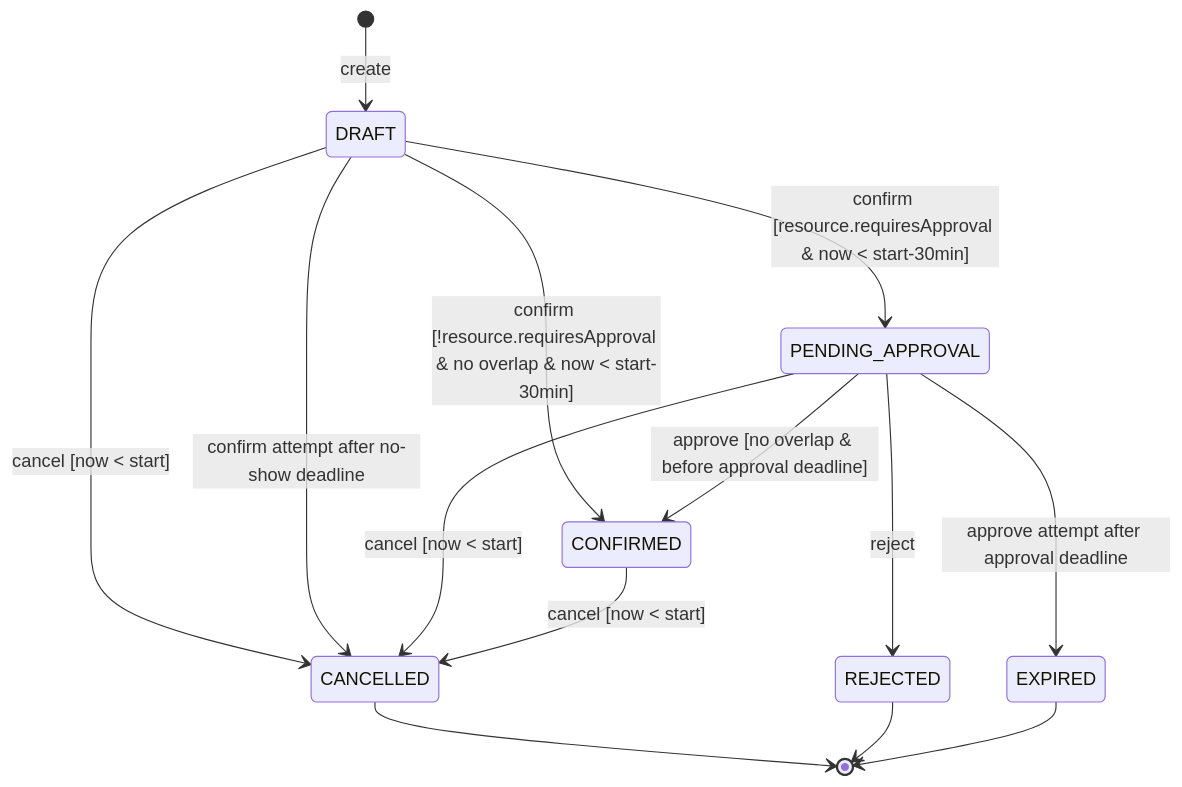
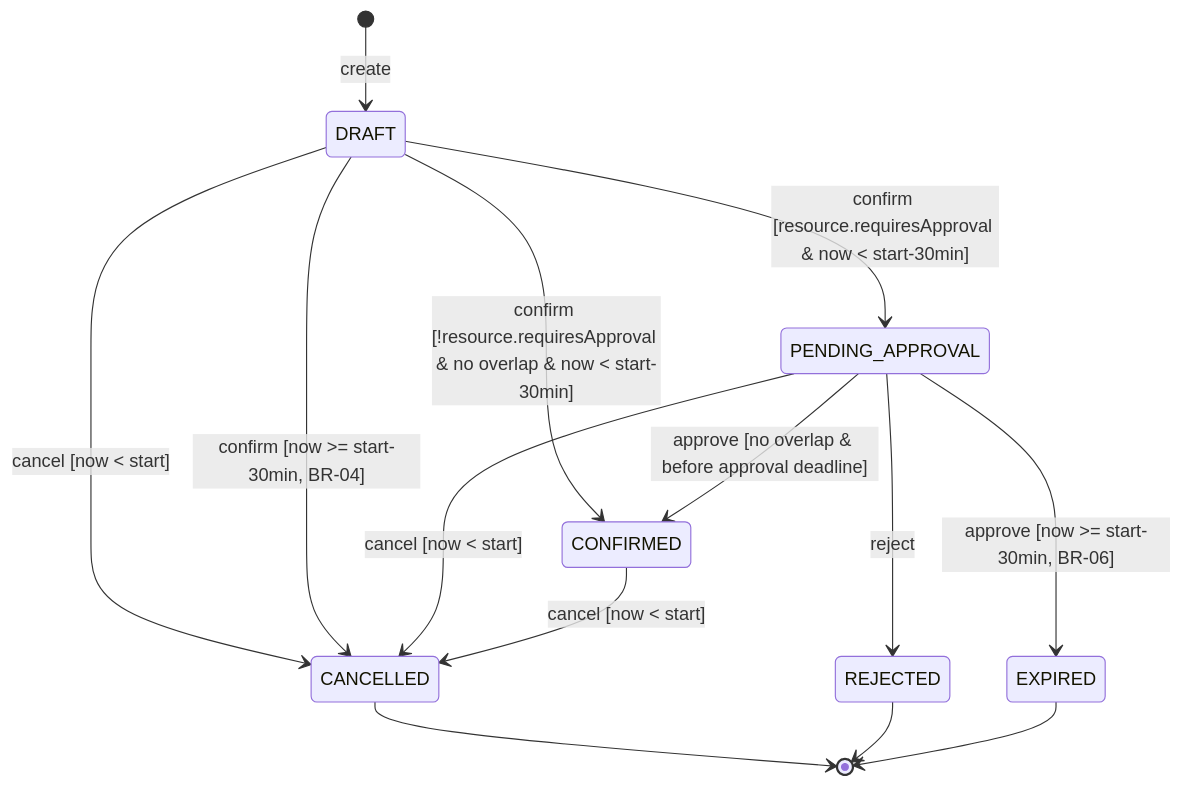
Before and after one commit to jaroslavpetera/swi_project: the second of 2 diagrams in docs/diagrams/state-diagram.md, drawn with Mermaid. The commit also changed other lines of this file and 25 other files, not shown here.

````diff
--- a/docs/diagrams/state-diagram.md
+++ b/docs/diagrams/state-diagram.md
@@ -28,19 +28,19 @@
 ```mermaid
 stateDiagram-v2
     [*] --> DRAFT: create
     DRAFT --> CONFIRMED: confirm [!resource.requiresApproval & no overlap & now < start-30min]
     DRAFT --> PENDING_APPROVAL: confirm [resource.requiresApproval & now < start-30min]
     DRAFT --> CANCELLED: cancel [now < start]
-    DRAFT --> CANCELLED: confirm attempt after no-show deadline
+    DRAFT --> CANCELLED: confirm [now >= start-30min, BR-04]
 
     PENDING_APPROVAL --> CONFIRMED: approve [no overlap & before approval deadline]
     PENDING_APPROVAL --> REJECTED: reject
-    PENDING_APPROVAL --> EXPIRED: approve attempt after approval deadline
+    PENDING_APPROVAL --> EXPIRED: approve [now >= start-30min, BR-06]
     PENDING_APPROVAL --> CANCELLED: cancel [now < start]
 
     CONFIRMED --> CANCELLED: cancel [now < start]
 
     CANCELLED --> [*]
     REJECTED --> [*]
     EXPIRED --> [*]
 ```
````
